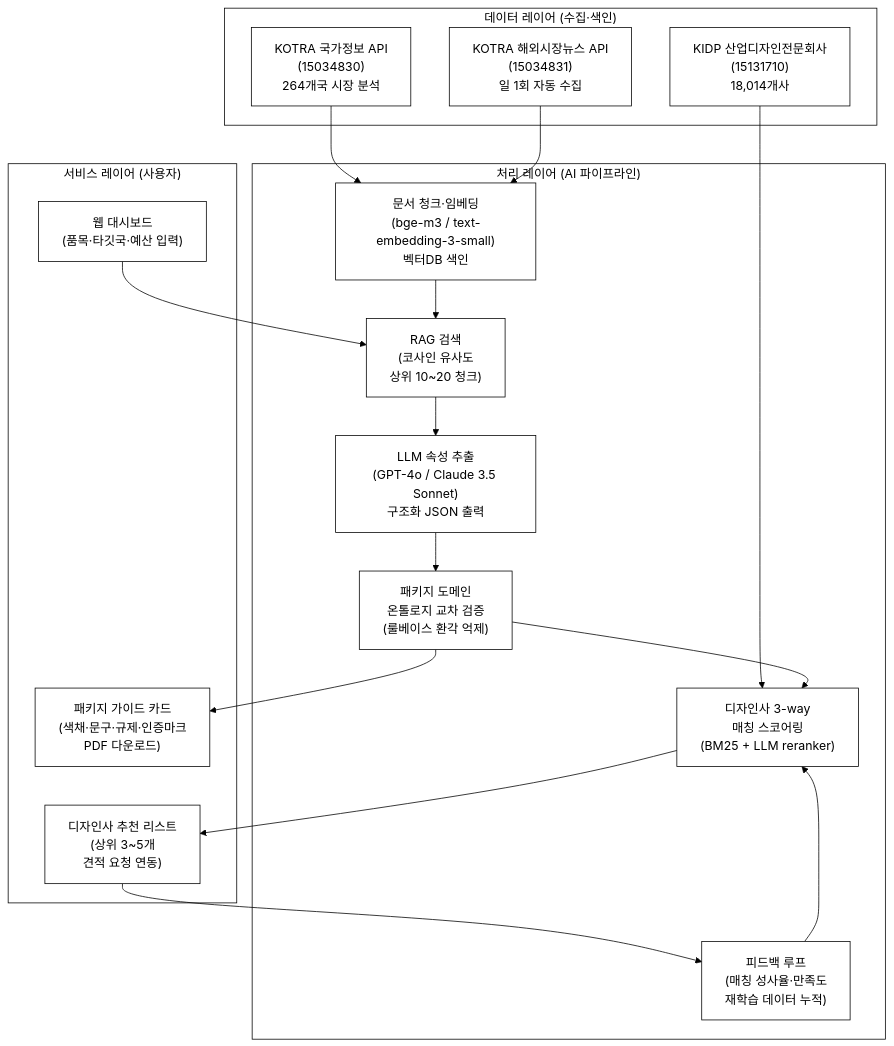
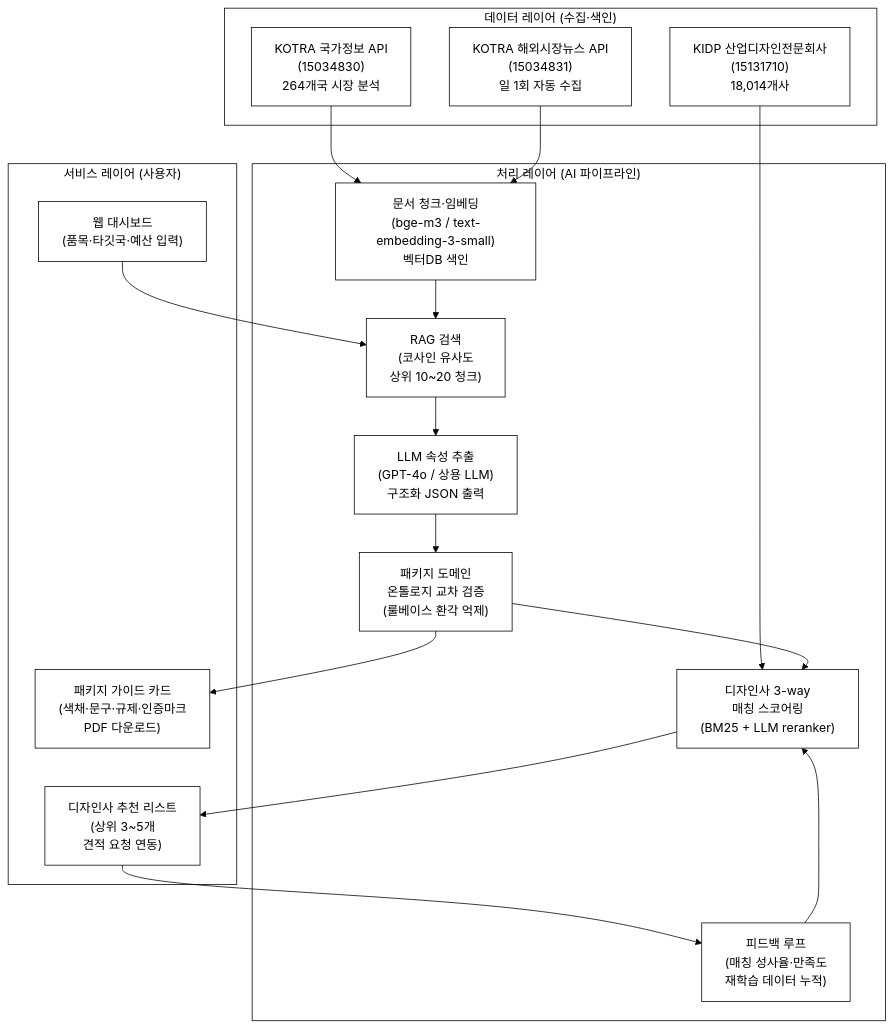
One commit to iamywl/pulicdata-congress changed the third of 5 diagrams in 21-수출-패키지디자인-매칭/biz/1_제안서.md. Above: the diagram before and after it, drawn with Mermaid. The commit also changed other lines of this file and 16 other files, not shown here.

````diff
--- a/21-수출-패키지디자인-매칭/biz/1_제안서.md
+++ b/21-수출-패키지디자인-매칭/biz/1_제안서.md
@@ -209,34 +209,34 @@
 ```mermaid
 %%{init: {'theme':'base','themeVariables':{'background':'#ffffff','primaryColor':'#ffffff','primaryBorderColor':'#000000','primaryTextColor':'#000000','secondaryColor':'#ffffff','secondaryBorderColor':'#000000','secondaryTextColor':'#000000','tertiaryColor':'#ffffff','tertiaryBorderColor':'#000000','tertiaryTextColor':'#000000','mainBkg':'#ffffff','secondBkg':'#ffffff','lineColor':'#000000','textColor':'#000000','clusterBkg':'#ffffff','clusterBorder':'#000000','edgeLabelBackground':'#ffffff','actorBkg':'#ffffff','actorBorder':'#000000','noteBkgColor':'#ffffff','noteBorderColor':'#000000','signalColor':'#000000','signalTextColor':'#000000','fontFamily':'Georgia, serif'}}}%%
 flowchart TB
     subgraph 데이터레이어["데이터 레이어 (수집·색인)"]
         A1["KOTRA 국가정보 API\n(15034830)\n264개국 시장 분석"]
         A2["KOTRA 해외시장뉴스 API\n(15034831)\n일 1회 자동 수집"]
         A3["KIDP 산업디자인전문회사\n(15131710)\n18,014개사"]
     end
     subgraph 처리레이어["처리 레이어 (AI 파이프라인)"]
         B1["문서 청크·임베딩\n(bge-m3 / text-embedding-3-small)\n벡터DB 색인"]
         B2["RAG 검색\n(코사인 유사도\n상위 10~20 청크)"]
-        B3["LLM 속성 추출\n(GPT-4o / Claude 3.5 Sonnet)\n구조화 JSON 출력"]
+        B3["LLM 속성 추출\n(GPT-4o / 상용 LLM)\n구조화 JSON 출력"]
         B4["패키지 도메인\n온톨로지 교차 검증\n(룰베이스 환각 억제)"]
         B5["디자인사 3-way\n매칭 스코어링\n(BM25 + LLM reranker)"]
         B6["피드백 루프\n(매칭 성사율·만족도\n재학습 데이터 누적)"]
     end
     subgraph 서비스레이어["서비스 레이어 (사용자)"]
         C1["웹 대시보드\n(품목·타깃국·예산 입력)"]
         C2["패키지 가이드 카드\n(색채·문구·규제·인증마크\nPDF 다운로드)"]
         C3["디자인사 추천 리스트\n(상위 3~5개\n견적 요청 연동)"]
     end
     A1 --> B1
     A2 --> B1
     B1 --> B2
     B2 --> B3
     B3 --> B4
     A3 --> B5
     B4 --> B5
     B5 --> C3
     B4 --> C2
     C1 --> B2
     C3 --> B6
     B6 --> B5
 ```
````
